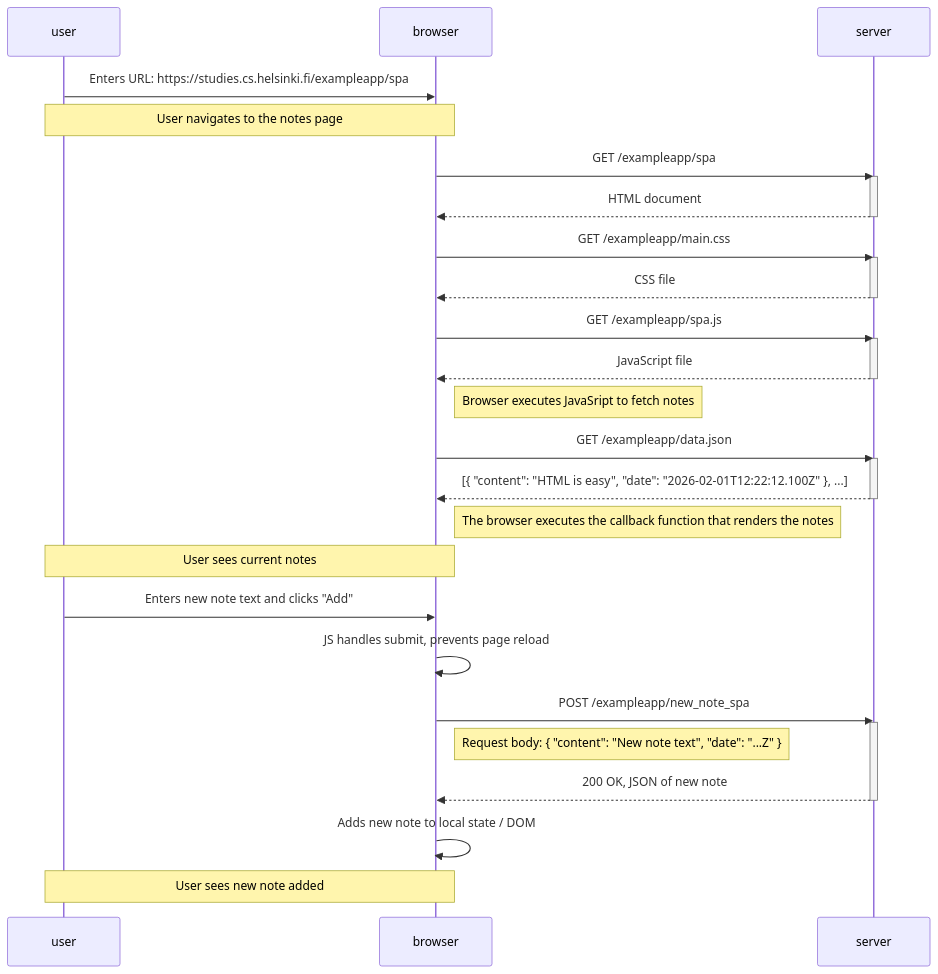
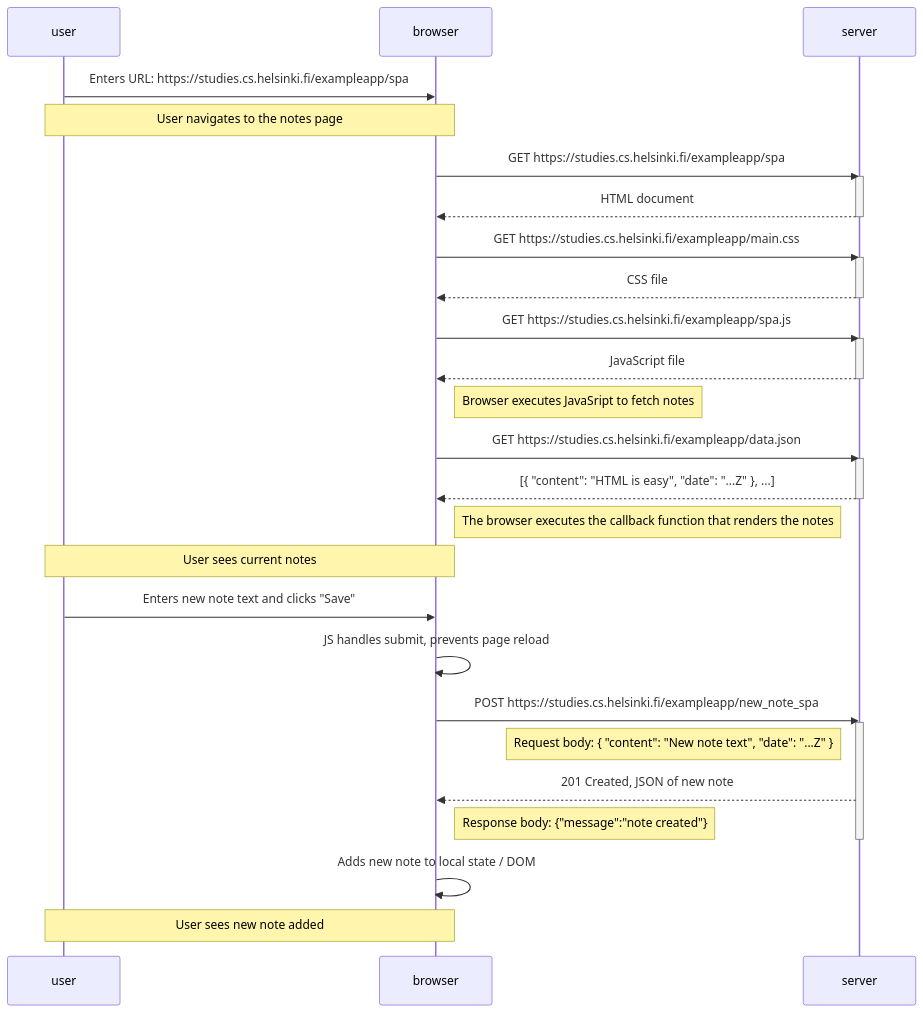
Before and after one commit to mykola-lp/full-stack-open: the third of 3 diagrams in part-0/README.md, drawn with Mermaid. The commit also changed 2 other files, not shown here.

Commit message:
part0/ex-0-6: correct URLs and Note positions in the diagram

````diff
--- a/part-0/README.md
+++ b/part-0/README.md
@@ -170,52 +170,53 @@
 ```mermaid
 sequenceDiagram
     participant user
     participant browser
     participant server
 
     %% --- User enters URL ---
     user->>browser: Enters URL: https://studies.cs.helsinki.fi/exampleapp/spa
     Note over user,browser: User navigates to the notes page
 
     %% --- Browser fetches initial files ---
-    browser->>server: GET /exampleapp/spa
+    browser->>server: GET https://studies.cs.helsinki.fi/exampleapp/spa
     activate server
     server-->>browser: HTML document
     deactivate server
 
-    browser->>server: GET /exampleapp/main.css
+    browser->>server: GET https://studies.cs.helsinki.fi/exampleapp/main.css
     activate server
     server-->>browser: CSS file
     deactivate server
 
-    browser->>server: GET /exampleapp/spa.js
+    browser->>server: GET https://studies.cs.helsinki.fi/exampleapp/spa.js
     activate server
     server-->>browser: JavaScript file
     deactivate server
 
     Note right of browser: Browser executes JavaSript to fetch notes
 
-    browser->>server: GET /exampleapp/data.json
+    browser->>server: GET https://studies.cs.helsinki.fi/exampleapp/data.json
     activate server
-    server-->>browser: [{ "content": "HTML is easy", "date": "2026-02-01T12:22:12.100Z" }, ...]
+    server-->>browser: [{ "content": "HTML is easy", "date": "...Z" }, ...]
     deactivate server
 
     Note right of browser: The browser executes the callback function that renders the notes
 
     Note over user,browser: User sees current notes
 
     %% --- User creates new note ---
-    user->>browser: Enters new note text and clicks "Add"
+    user->>browser: Enters new note text and clicks "Save"
     browser->>browser: JS handles submit, prevents page reload
 
     %% --- Browser sends new note to server ---
-    browser->>server: POST /exampleapp/new_note_spa
+    browser->>server: POST https://studies.cs.helsinki.fi/exampleapp/new_note_spa
     activate server
-    Note right of browser: Request body: { "content": "New note text", "date": "...Z" }
-    server-->>browser: 200 OK, JSON of new note
+    Note left of server: Request body: { "content": "New note text", "date": "...Z" }
+    server-->>browser: 201 Created, JSON of new note
+    Note right of browser: Response body: {"message":"note created"}
     deactivate server
 
     %% --- Browser updates ---
     browser->>browser: Adds new note to local state / DOM
     Note over user,browser: User sees new note added
 ```
````
